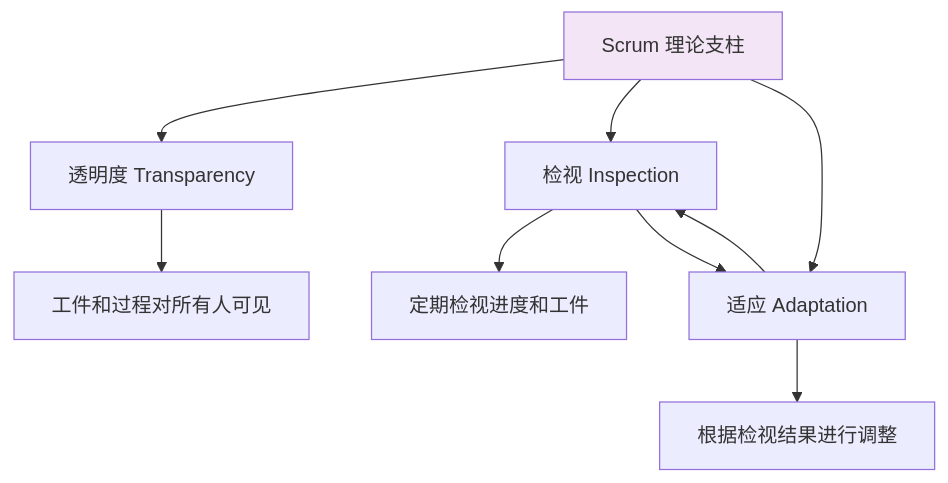
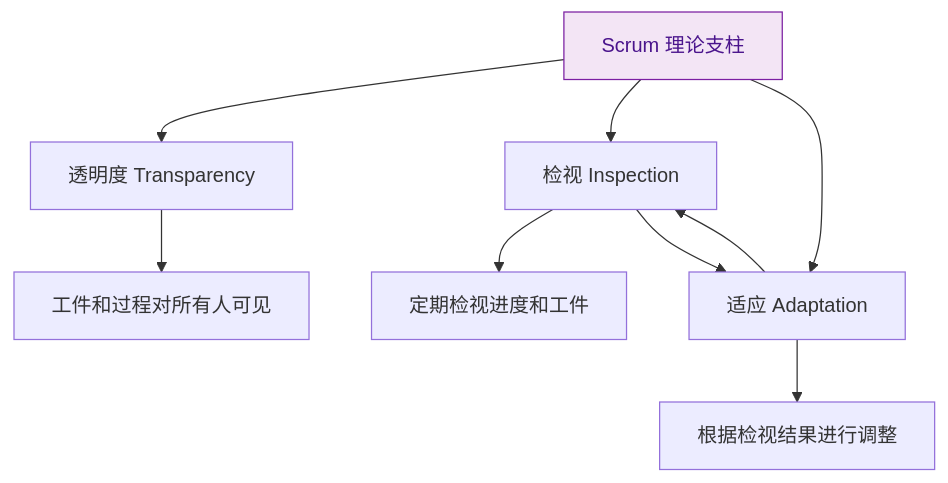
Before and after one commit to FreezeSoul/freezesoul.github.com: the fourth of 4 diagrams in _posts/2013-03-22-agile-scrum.md, drawn with Mermaid. The commit also changed other lines of this file and 9 other files, not shown here.

Commit message:
修正mermaid配色与要求

````diff
--- a/_posts/2013-03-22-agile-scrum.md
+++ b/_posts/2013-03-22-agile-scrum.md
@@ -262,15 +262,15 @@
 ```mermaid
 graph TD
     A[Scrum 理论支柱] --> B[透明度 Transparency]
     A --> C[检视 Inspection]
     A --> D[适应 Adaptation]
 
     B --> E[工件和过程对所有人可见]
     C --> F[定期检视进度和工件]
     D --> G[根据检视结果进行调整]
 
     C --> D
     D --> C
 
-    style A fill:#f3e5f5
+    style A fill:#f3e5f5,stroke:#7b1fa2,color:#4a148c
 ```
````
